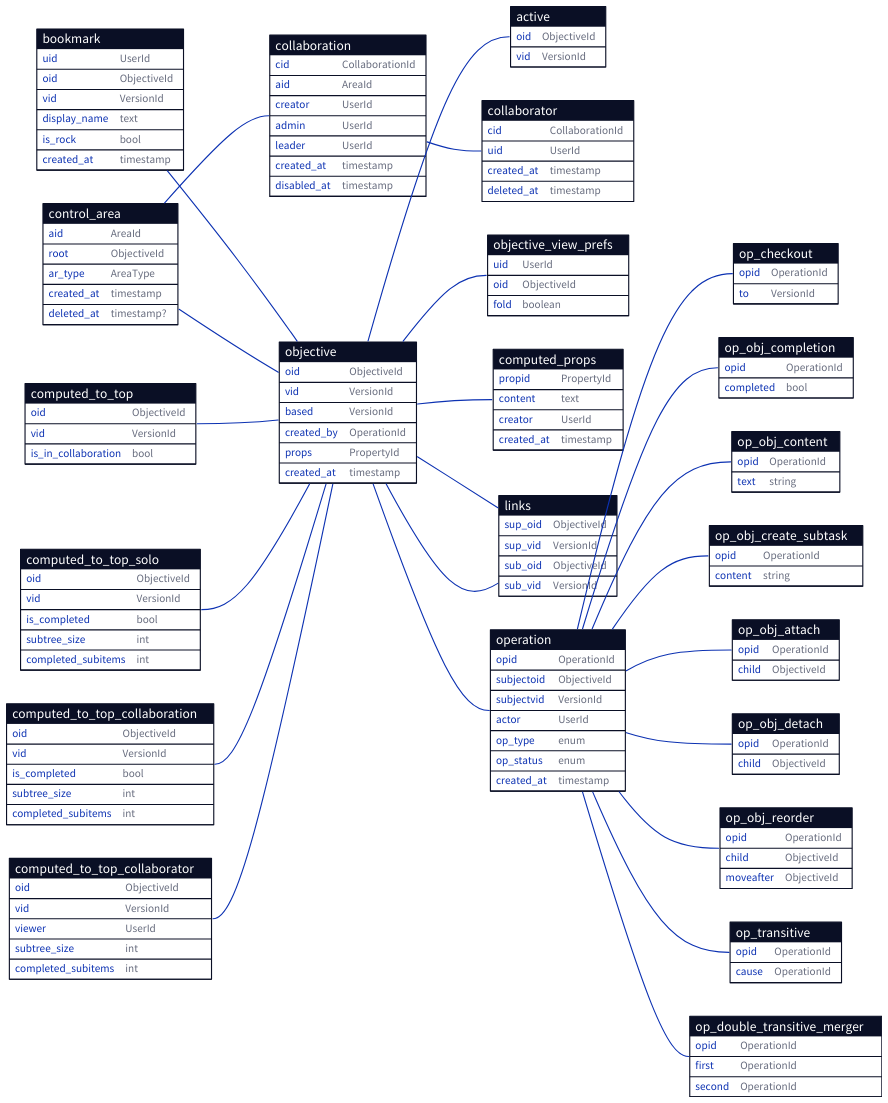
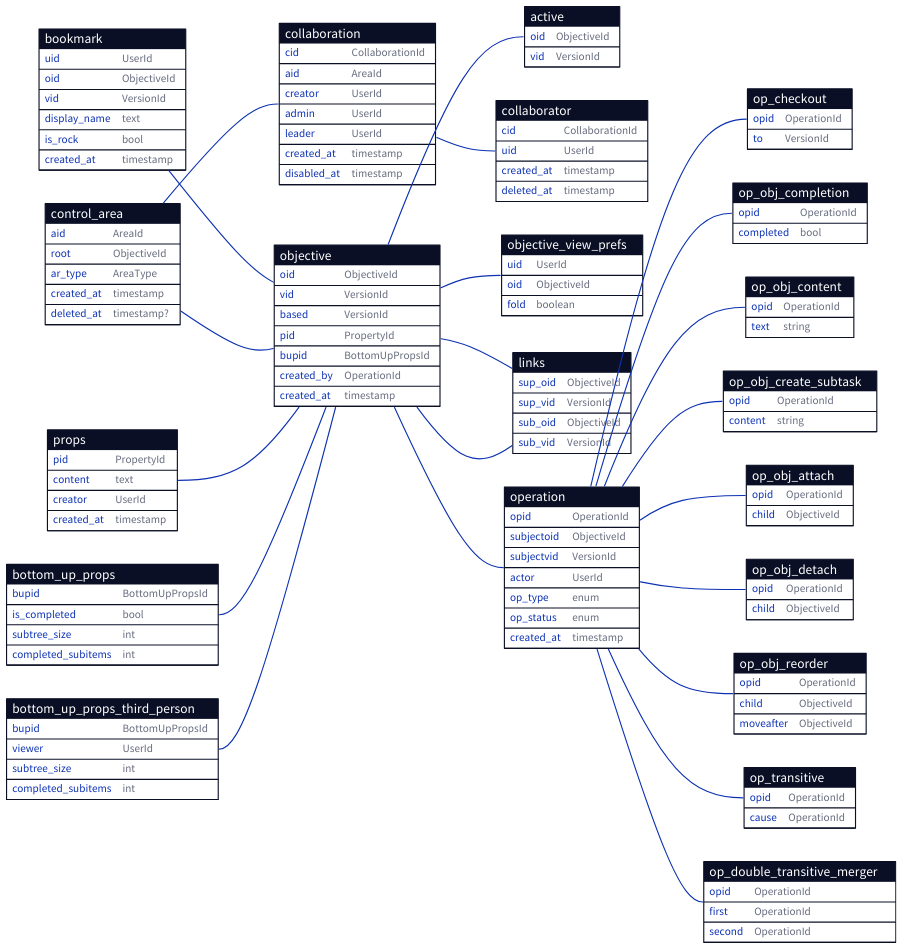
Before and after one commit to ufukty/logbook: the diagram in docs/database/simplified.d2, drawn with D2. The commit also changed 2 other files, not shown here.

Commit message:
docs/database/simplified: reverses the direction of reference from `computed_to_top_*` to `objective` rows to enable reusing of computed props when the version upgrade gets reasoned from other than topological changes.
+ renames `computed_to_top_*` tables as `bottom_up_props*`
+ removes `top_down` table as they need row updates on entire subtree of a controlled area on collaboration state change

```diff
--- a/docs/database/simplified.d2
+++ b/docs/database/simplified.d2
@@ -57,9 +57,10 @@
   oid: ObjectiveId
   vid: VersionId
   based: VersionId
+  pid: PropertyId
+  bupid: BottomUpPropsId
+  
   created_by: OperationId
-  props: PropertyId
-
   created_at: timestamp # creation of this version (=row)
 }
 
@@ -73,10 +74,10 @@
 
 # cached from operations to reduce view build duration
 # separately versioned from the objective to detach it from privilege and collaboration config changes
-computed_props: {
+props: {
   shape: sql_table
 
-  propid: PropertyId
+  pid: PropertyId
   content: text
   creator: UserId
   created_at: timestamp
@@ -91,42 +92,20 @@
   sub_vid: VersionId
 }
 
-computed_to_top: {
+bottom_up_props: {
   shape: sql_table
 
-  oid: ObjectiveId
-  vid: VersionId
-
-  is_in_collaboration: bool
-}
-
-computed_to_top_solo: {
-  shape: sql_table
-
-  oid: ObjectiveId
-  vid: VersionId
+  bupid: BottomUpPropsId
 
   is_completed: bool
   subtree_size: int
   completed_subitems: int
 }
 
-computed_to_top_collaboration: {
+bottom_up_props_third_person: {
   shape: sql_table
 
-  oid: ObjectiveId
-  vid: VersionId
-
-  is_completed: bool
-  subtree_size: int
-  completed_subitems: int
-}
-
-computed_to_top_collaborator: {
-  shape: sql_table
-
-  oid: ObjectiveId
-  vid: VersionId
+  bupid: BottomUpPropsId
   viewer: UserId
 
   subtree_size: int
@@ -232,10 +211,9 @@
 objective.oid -- links.sup_oid
 objective.oid -- links.sub_oid
 
-computed_to_top.oid -- objective.oid
-computed_to_top_solo.oid -- objective.oid
-computed_to_top_collaboration.oid -- objective.oid
-computed_to_top_collaborator.oid -- objective.oid
+props.pid -- objective.pid
+bottom_up_props.bupid -- objective.bupid
+bottom_up_props_third_person.bupid -- objective.bupid
 
 operation.opid -- op_checkout.opid
 operation.opid -- op_obj_completion.opid
@@ -248,5 +226,3 @@
 operation.opid -- op_double_transitive_merger.opid
 
 objective.created_by -- operation.opid
-
-objective.props -- computed_props.propid
```
